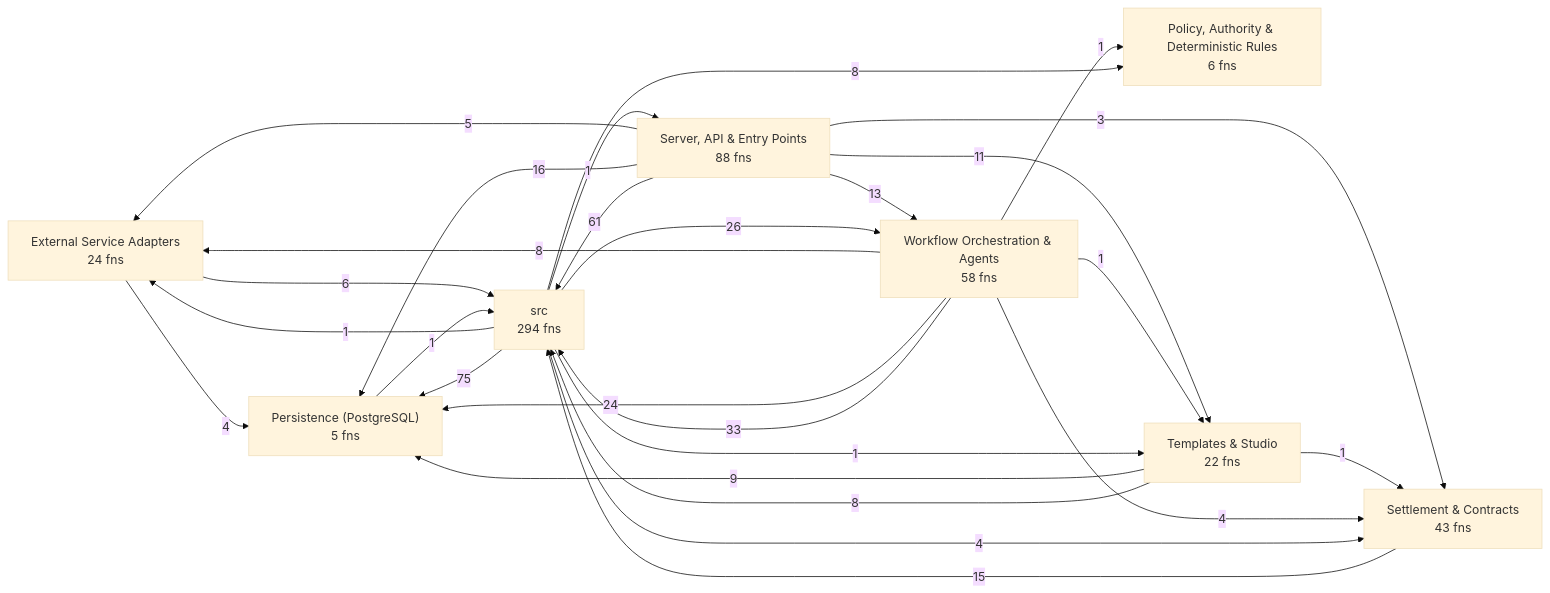
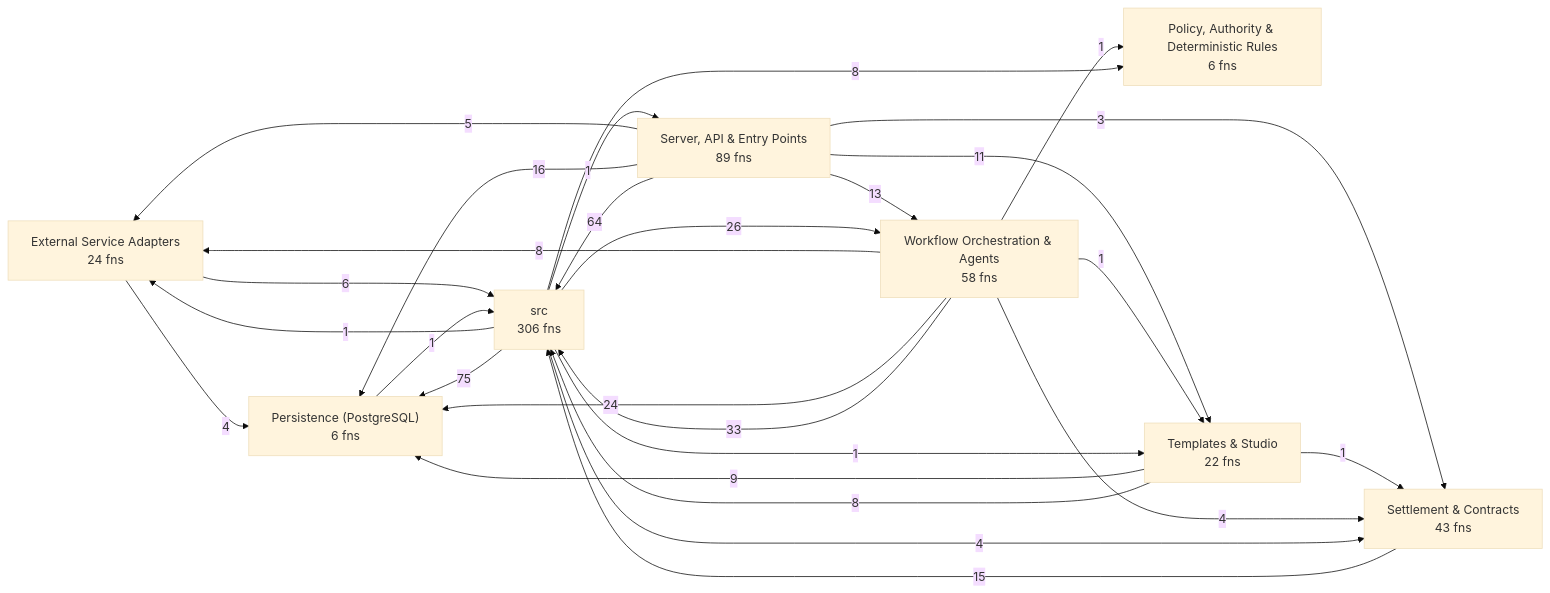
The first of 8 diagrams in docs/CODEBASE_MAP.md (Jaydearcadian/bind), drawn with Mermaid (base theme) before and after one commit. The commit also changed other lines of this file and 14 other files, not shown here.

````diff
--- a/docs/CODEBASE_MAP.md
+++ b/docs/CODEBASE_MAP.md
@@ -12,37 +12,37 @@
 ```mermaid
 flowchart LR
   L0["External Service Adapters<br/>24 fns"]
-  L1["Persistence (PostgreSQL)<br/>5 fns"]
+  L1["Persistence (PostgreSQL)<br/>6 fns"]
   L2["Policy, Authority & Deterministic Rules<br/>6 fns"]
-  L3["Server, API & Entry Points<br/>88 fns"]
+  L3["Server, API & Entry Points<br/>89 fns"]
   L4["Settlement & Contracts<br/>43 fns"]
   L5["Templates & Studio<br/>22 fns"]
   L6["Workflow Orchestration & Agents<br/>58 fns"]
-  L7["src<br/>294 fns"]
+  L7["src<br/>306 fns"]
   L0 -->|4| L1
   L0 -->|6| L7
   L1 -->|1| L7
   L3 -->|5| L0
   L3 -->|16| L1
   L3 -->|3| L4
   L3 -->|11| L5
   L3 -->|13| L6
-  L3 -->|61| L7
+  L3 -->|64| L7
   L4 -->|15| L7
   L5 -->|9| L1
   L5 -->|1| L4
   L5 -->|8| L7
   L6 -->|8| L0
   L6 -->|24| L1
   L6 -->|1| L2
   L6 -->|4| L4
   L6 -->|1| L5
   L6 -->|33| L7
   L7 -->|1| L0
   L7 -->|75| L1
   L7 -->|8| L2
   L7 -->|1| L3
   L7 -->|4| L4
   L7 -->|1| L5
   L7 -->|26| L6
 ```
````
